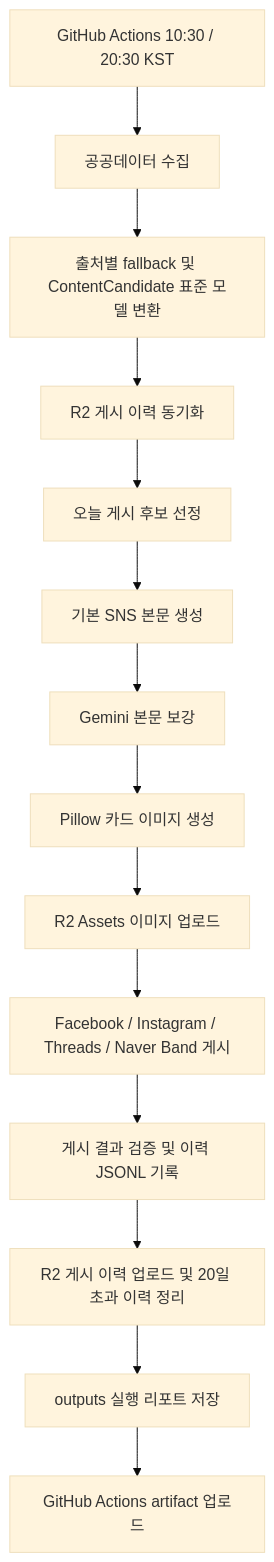
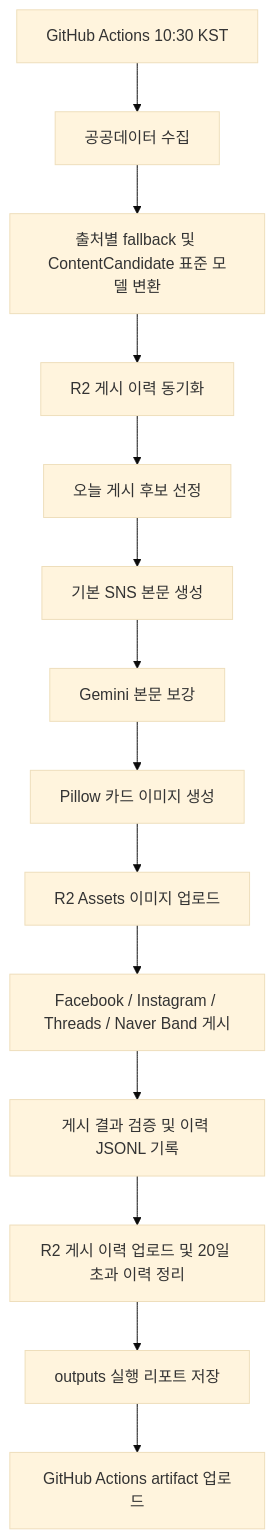
The diagram in README.md (lhjunkr/public-data-automation), drawn with Mermaid (base theme) before and after one commit. The commit also changed other lines of this file and 1 other file, not shown here.

````diff
--- a/README.md
+++ b/README.md
@@ -53,16 +53,16 @@
 ```mermaid
 flowchart TD
-    A["GitHub Actions 10:30 / 20:30 KST"] --> B["공공데이터 수집"]
+    A["GitHub Actions 10:30 KST"] --> B["공공데이터 수집"]
     B --> C["출처별 fallback 및 ContentCandidate 표준 모델 변환"]
     C --> D["R2 게시 이력 동기화"]
     D --> E["오늘 게시 후보 선정"]
     E --> F["기본 SNS 본문 생성"]
     F --> G["Gemini 본문 보강"]
     G --> H["Pillow 카드 이미지 생성"]
     H --> I["R2 Assets 이미지 업로드"]
     I --> J["Facebook / Instagram / Threads / Naver Band 게시"]
     J --> K["게시 결과 검증 및 이력 JSONL 기록"]
     K --> L["R2 게시 이력 업로드 및 20일 초과 이력 정리"]
     L --> M["outputs 실행 리포트 저장"]
     M --> N["GitHub Actions artifact 업로드"]
 ```
````
